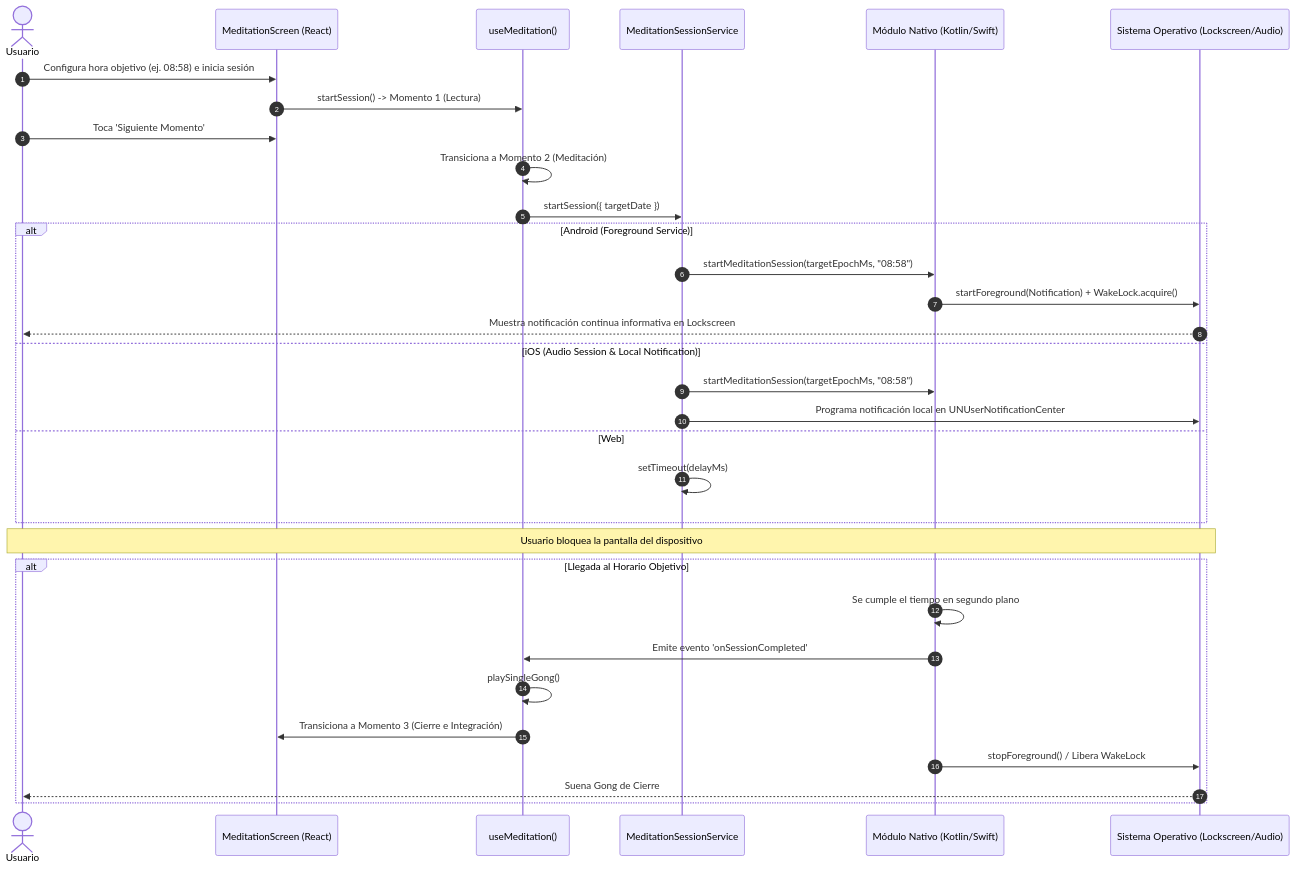
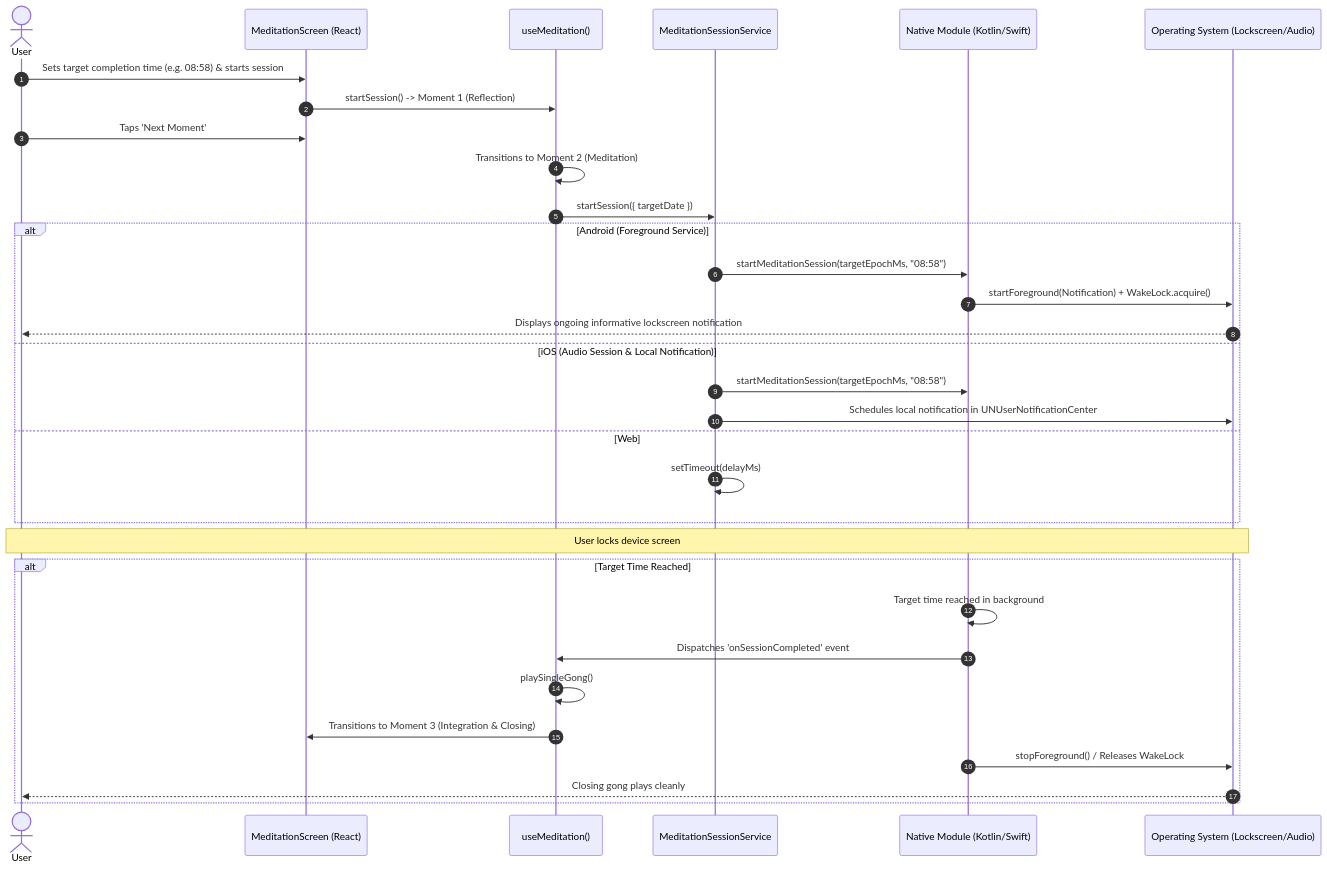
One commit to masch/myself changed the diagram in README.md. Above: the diagram before and after it, drawn with Mermaid. The commit also changed other lines of this file, not shown here.

````diff
--- a/README.md
+++ b/README.md
@@ -246,38 +82,38 @@
 ```mermaid
 sequenceDiagram
     autonumber
-    actor Usuario
+    actor User
     participant UI as MeditationScreen (React)
     participant Hook as useMeditation()
     participant Service as MeditationSessionService
-    participant Native as Módulo Nativo (Kotlin/Swift)
-    participant OS as Sistema Operativo (Lockscreen/Audio)
+    participant Native as Native Module (Kotlin/Swift)
+    participant OS as Operating System (Lockscreen/Audio)
 
-    Usuario->>UI: Configura hora objetivo (ej. 08:58) e inicia sesión
-    UI->>Hook: startSession() -> Momento 1 (Lectura)
-    Usuario->>UI: Toca 'Siguiente Momento'
-    Hook->>Hook: Transiciona a Momento 2 (Meditación)
+    User->>UI: Sets target completion time (e.g. 08:58) & starts session
+    UI->>Hook: startSession() -> Moment 1 (Reflection)
+    User->>UI: Taps 'Next Moment'
+    Hook->>Hook: Transitions to Moment 2 (Meditation)
     Hook->>Service: startSession({ targetDate })
     
     alt Android (Foreground Service)
         Service->>Native: startMeditationSession(targetEpochMs, "08:58")
         Native->>OS: startForeground(Notification) + WakeLock.acquire()
-        OS-->>Usuario: Muestra notificación continua informativa en Lockscreen
+        OS-->>User: Displays ongoing informative lockscreen notification
     else iOS (Audio Session & Local Notification)
         Service->>Native: startMeditationSession(targetEpochMs, "08:58")
-        Service->>OS: Programa notificación local en UNUserNotificationCenter
+        Service->>OS: Schedules local notification in UNUserNotificationCenter
     else Web
         Service->>Service: setTimeout(delayMs)
     end
 
-    Note over Usuario, OS: Usuario bloquea la pantalla del dispositivo
+    Note over User, OS: User locks device screen
     
-    alt Llegada al Horario Objetivo
-        Native->>Native: Se cumple el tiempo en segundo plano
-        Native->>Hook: Emite evento 'onSessionCompleted'
+    alt Target Time Reached
+        Native->>Native: Target time reached in background
+        Native->>Hook: Dispatches 'onSessionCompleted' event
         Hook->>Hook: playSingleGong()
-        Hook->>UI: Transiciona a Momento 3 (Cierre e Integración)
-        Native->>OS: stopForeground() / Libera WakeLock
-        OS-->>Usuario: Suena Gong de Cierre
+        Hook->>UI: Transitions to Moment 3 (Integration & Closing)
+        Native->>OS: stopForeground() / Releases WakeLock
+        OS-->>User: Closing gong plays cleanly
     end
 ```
````
